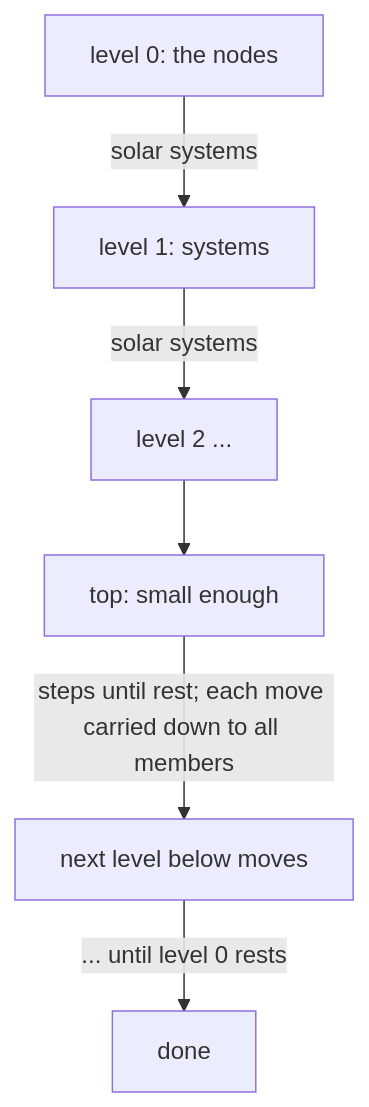
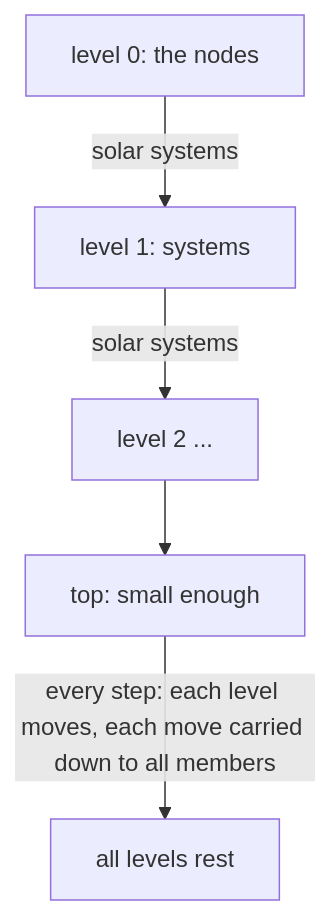
The second of 2 diagrams in docs/developer/springs.md (kareltucek/sane-graph-edit), drawn with Mermaid before and after one commit. The commit also changed other lines of this file and 6 other files, not shown here.

First line of the commit message:
Springs: o moves all levels at once, a node going its own way plus its systems'; :set suns[=<level>] / nosuns

````diff
--- a/docs/developer/springs.md
+++ b/docs/developer/springs.md
@@ -131,8 +131,7 @@
 ```mermaid
 flowchart TD
   g0["level 0: the nodes"] -->|solar systems| g1["level 1: systems"]
   g1 -->|solar systems| g2["level 2 ..."]
   g2 --> top["top: small enough"]
-  top -->|"steps until rest; each move carried down to all members"| down["next level below moves"]
-  down -->|"... until level 0 rests"| done["done"]
+  top -->|"every step: each level moves, each move carried down to all members"| done["all levels rest"]
 ```
````
